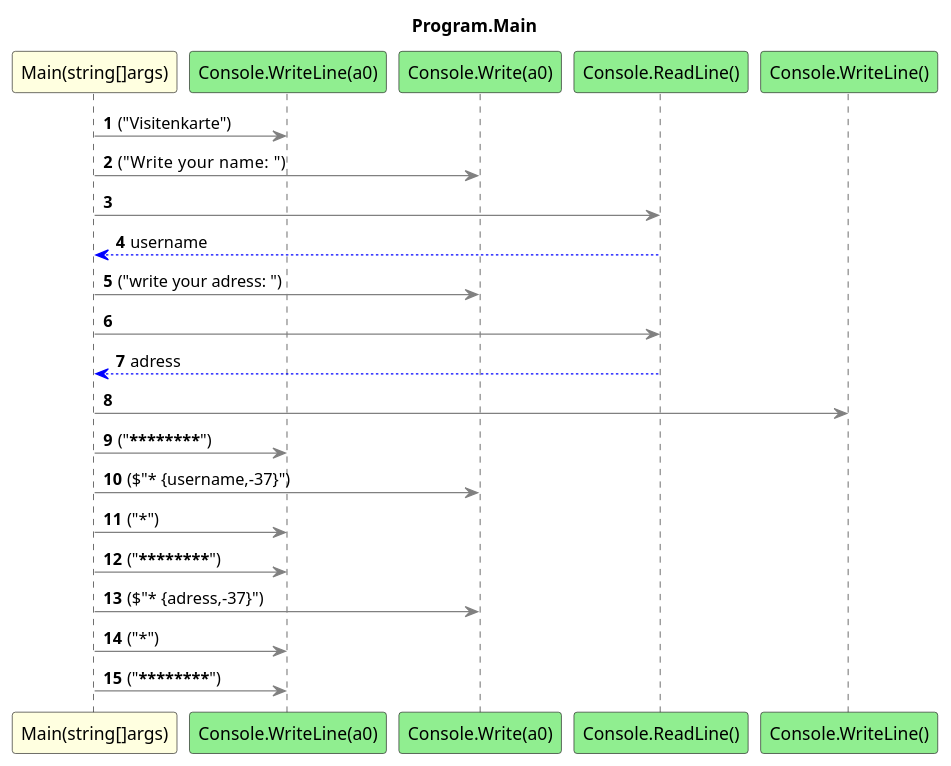
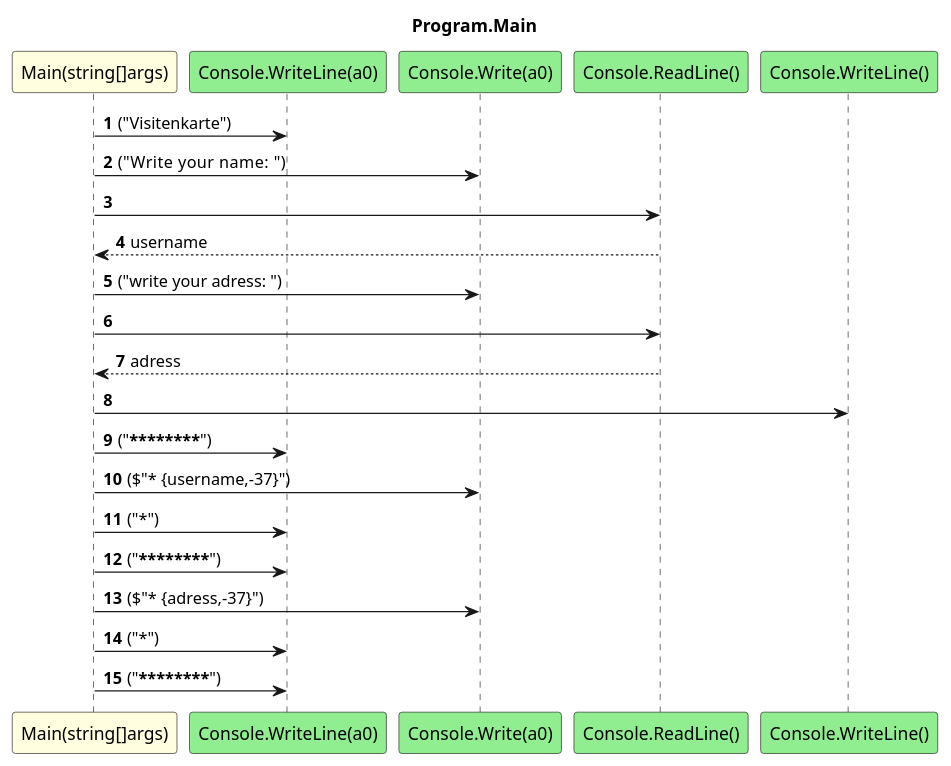
The diagram in BusinessCard.ConApp/diagrams/sq_Program_Main.puml (leoggehrer/2324-34_ABIF_ACIF_POSE), drawn with PlantUML before and after one commit. The commit also changed 479 other files, not shown here.

Commit message:
Updated diagrams.

```diff
--- a/BusinessCard.ConApp/diagrams/sq_Program_Main.puml
+++ b/BusinessCard.ConApp/diagrams/sq_Program_Main.puml
@@ -1,24 +1,24 @@
 @startuml Program.Main
 title Program.Main
 participant "Main(string[]args)" as Main_p0 #LightYellow
 participant "Console.WriteLine(a0)" as Console_WriteLine_a0 #LightGreen
 participant "Console.Write(a0)" as Console_Write_a0 #LightGreen
 participant "Console.ReadLine()" as Console_ReadLine #LightGreen
 participant "Console.WriteLine()" as Console_WriteLine #LightGreen
 autonumber
-Main_p0 -[#grey]> Console_WriteLine_a0 : ("Visitenkarte")
-Main_p0 -[#grey]> Console_Write_a0 : ("Write your name:   ")
-Main_p0 -[#grey]> Console_ReadLine
-Console_ReadLine -[#blue]-> Main_p0 : username
-Main_p0 -[#grey]> Console_Write_a0 : ("write your adress: ")
-Main_p0 -[#grey]> Console_ReadLine
-Console_ReadLine -[#blue]-> Main_p0 : adress
-Main_p0 -[#grey]> Console_WriteLine
-Main_p0 -[#grey]> Console_WriteLine_a0 : ("****************************************")
-Main_p0 -[#grey]> Console_Write_a0 : ($"* {username,-37}")
-Main_p0 -[#grey]> Console_WriteLine_a0 : ("*")
-Main_p0 -[#grey]> Console_WriteLine_a0 : ("****************************************")
-Main_p0 -[#grey]> Console_Write_a0 : ($"* {adress,-37}")
-Main_p0 -[#grey]> Console_WriteLine_a0 : ("*")
-Main_p0 -[#grey]> Console_WriteLine_a0 : ("****************************************")
+Main_p0 -> Console_WriteLine_a0 : ("Visitenkarte")
+Main_p0 -> Console_Write_a0 : ("Write your name:   ")
+Main_p0 -> Console_ReadLine
+Console_ReadLine --> Main_p0 : username
+Main_p0 -> Console_Write_a0 : ("write your adress: ")
+Main_p0 -> Console_ReadLine
+Console_ReadLine --> Main_p0 : adress
+Main_p0 -> Console_WriteLine
+Main_p0 -> Console_WriteLine_a0 : ("****************************************")
+Main_p0 -> Console_Write_a0 : ($"* {username,-37}")
+Main_p0 -> Console_WriteLine_a0 : ("*")
+Main_p0 -> Console_WriteLine_a0 : ("****************************************")
+Main_p0 -> Console_Write_a0 : ($"* {adress,-37}")
+Main_p0 -> Console_WriteLine_a0 : ("*")
+Main_p0 -> Console_WriteLine_a0 : ("****************************************")
 @enduml
```
